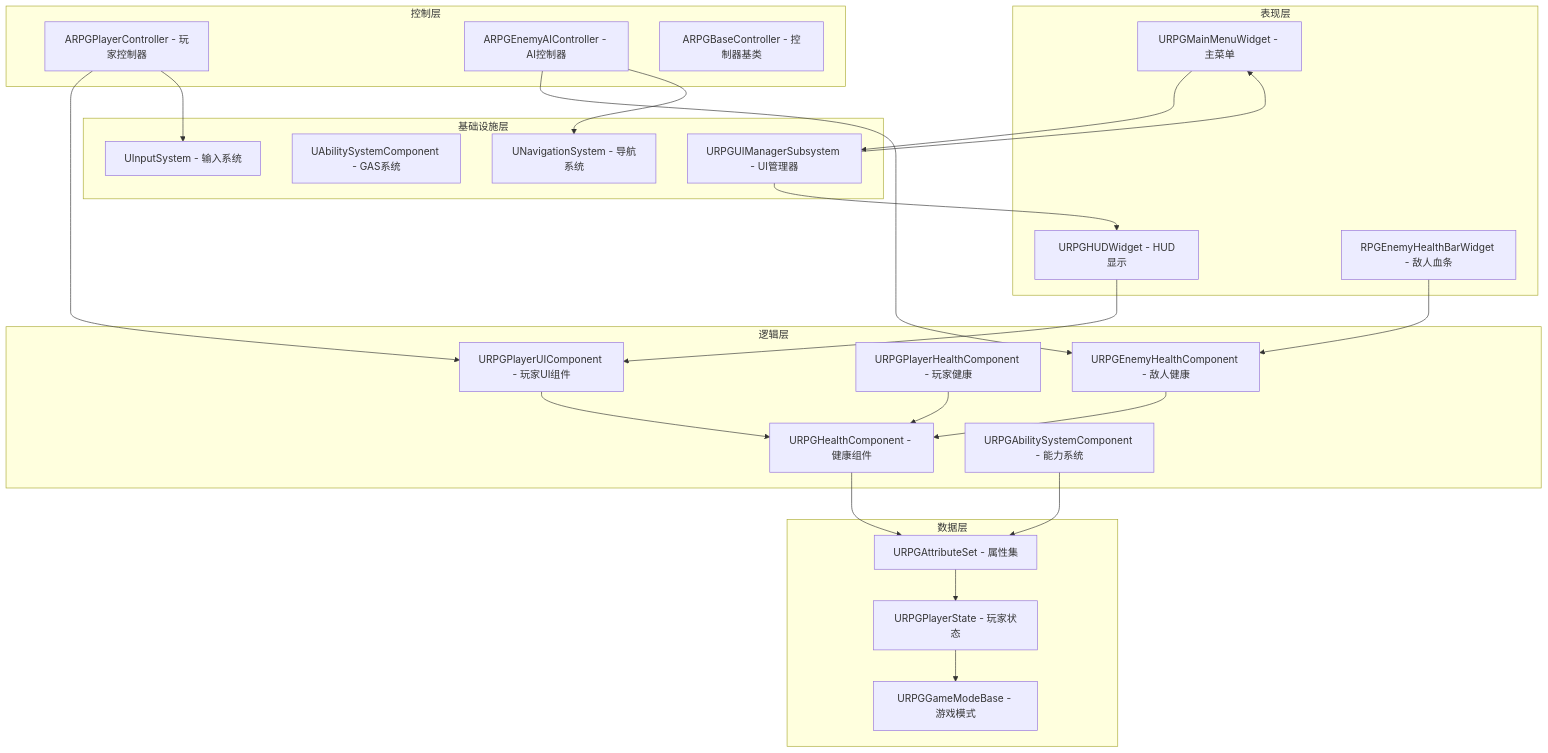
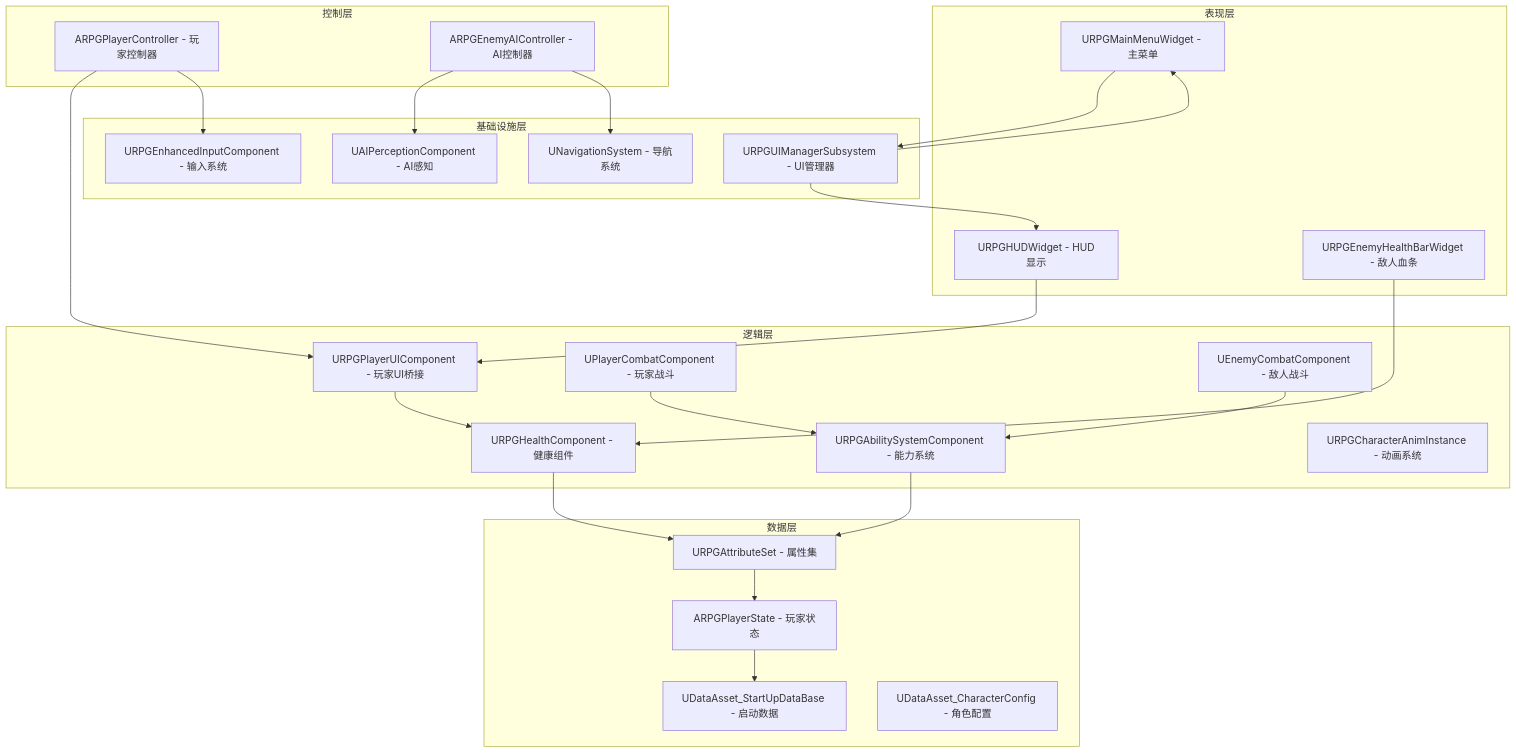
One commit to ARK31415/RPG changed the first of 12 diagrams in Source/Docs/SummaryDesign.md. Above: the diagram before and after it, drawn with Mermaid. The commit also changed other lines of this file and 11 other files, not shown here.

````diff
--- a/Source/Docs/SummaryDesign.md
+++ b/Source/Docs/SummaryDesign.md
@@ -9,52 +9,53 @@
 ```mermaid
 graph TB
     subgraph 表现层
         A1[URPGHUDWidget - HUD显示]
         A2[URPGMainMenuWidget - 主菜单]
-        A3[RPGEnemyHealthBarWidget - 敌人血条]
+        A3[URPGEnemyHealthBarWidget - 敌人血条]
     end
     
     subgraph 控制层
         B1[ARPGPlayerController - 玩家控制器]
         B2[ARPGEnemyAIController - AI控制器]
-        B3[ARPGBaseController - 控制器基类]
     end
     
     subgraph 逻辑层
-        C1[URPGPlayerUIComponent - 玩家UI组件]
+        C1[URPGPlayerUIComponent - 玩家UI桥接]
         C2[URPGHealthComponent - 健康组件]
-        C3[URPGPlayerHealthComponent - 玩家健康]
-        C4[URPGEnemyHealthComponent - 敌人健康]
+        C3[UPlayerCombatComponent - 玩家战斗]
+        C4[UEnemyCombatComponent - 敌人战斗]
         C5[URPGAbilitySystemComponent - 能力系统]
+        C6[URPGCharacterAnimInstance - 动画系统]
     end
     
     subgraph 数据层
         D1[URPGAttributeSet - 属性集]
-        D2[URPGPlayerState - 玩家状态]
-        D3[URPGGameModeBase - 游戏模式]
+        D2[ARPGPlayerState - 玩家状态]
+        D3[UDataAsset_StartUpDataBase - 启动数据]
+        D4[UDataAsset_CharacterConfig - 角色配置]
     end
     
     subgraph 基础设施层
         E1[URPGUIManagerSubsystem - UI管理器]
-        E2[UAbilitySystemComponent - GAS系统]
+        E2[URPGEnhancedInputComponent - 输入系统]
         E3[UNavigationSystem - 导航系统]
-        E4[UInputSystem - 输入系统]
+        E4[UAIPerceptionComponent - AI感知]
     end
     
     A1 --> C1
     A2 --> E1
-    A3 --> C4
+    A3 --> C2
     B1 --> C1
-    B2 --> C4
+    B1 --> E2
+    B2 --> E4
+    B2 --> E3
     C1 --> C2
-    C3 --> C2
-    C4 --> C2
+    C3 --> C5
+    C4 --> C5
     C2 --> D1
     C5 --> D1
     D1 --> D2
     D2 --> D3
     E1 --> A1
     E1 --> A2
-    B1 --> E4
-    B2 --> E3
 ```
````
